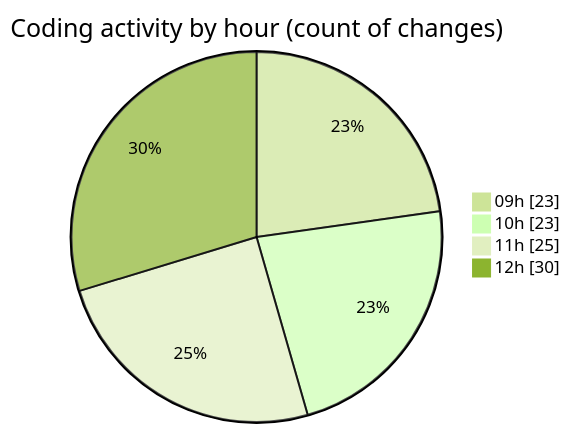
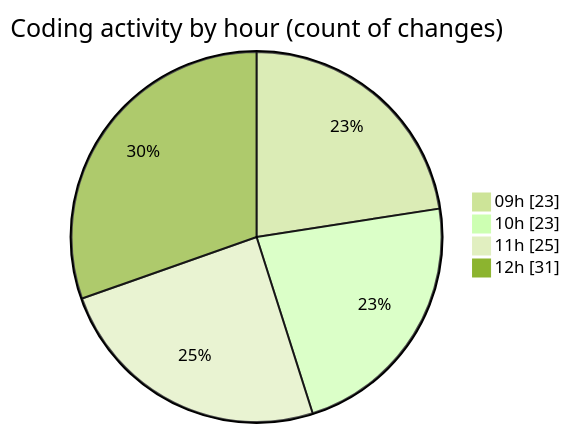
Before and after one commit to momahboobian/code-tracking: the second of 2 diagrams in 2025-10-23/cda/README.md, drawn with Mermaid (forest theme). The commit also changed other lines of this file and 1 other file, not shown here.

````diff
--- a/2025-10-23/cda/README.md
+++ b/2025-10-23/cda/README.md
@@ -32,8 +32,8 @@
 ```mermaid
 pie showData
 title Coding activity by hour (count of changes)
 "09h" : 23
 "10h" : 23
 "11h" : 25
-"12h" : 30
+"12h" : 31
 ```
````
